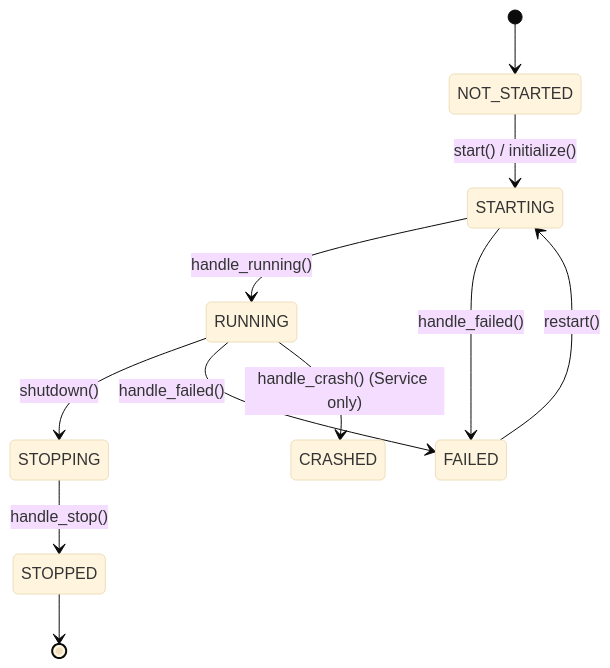
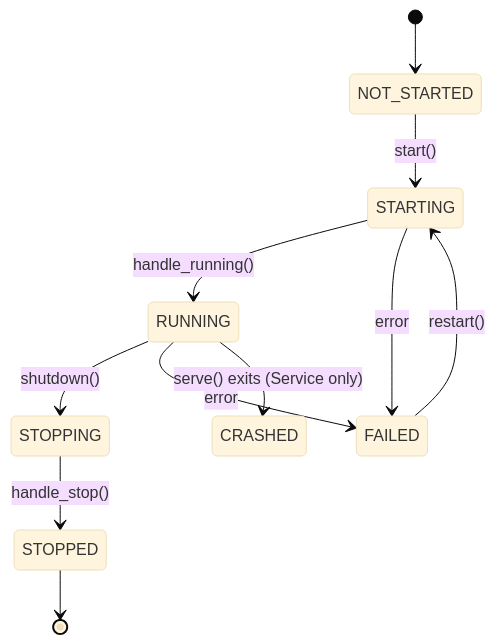
One commit to NodeJSmith/hassette changed the tenth of 10 diagrams in docs/pages/core-concepts/internals.md. Above: the diagram before and after it, drawn with Mermaid (base theme). The commit also changed other lines of this file, not shown here.

First line of the commit message:
docs: rework all architecture diagrams for readability

````diff
--- a/docs/pages/core-concepts/internals.md
+++ b/docs/pages/core-concepts/internals.md
@@ -466,16 +449,16 @@
 ```mermaid
 stateDiagram-v2
-    accTitle: Resource and Service Lifecycle States
-    accDescr: State transitions for Resource and Service instances in the Hassette framework
+    accTitle: Resource Lifecycle States
+    accDescr: Status transitions for all framework components
 
     [*] --> NOT_STARTED
-    NOT_STARTED --> STARTING : start() / initialize()
+    NOT_STARTED --> STARTING : start()
     STARTING --> RUNNING : handle_running()
     RUNNING --> STOPPING : shutdown()
     STOPPING --> STOPPED : handle_stop()
-    STARTING --> FAILED : handle_failed()
-    RUNNING --> FAILED : handle_failed()
-    RUNNING --> CRASHED : handle_crash() (Service only)
+    STARTING --> FAILED : error
+    RUNNING --> FAILED : error
+    RUNNING --> CRASHED : serve() exits (Service only)
     FAILED --> STARTING : restart()
     STOPPED --> [*]
 ```
````
